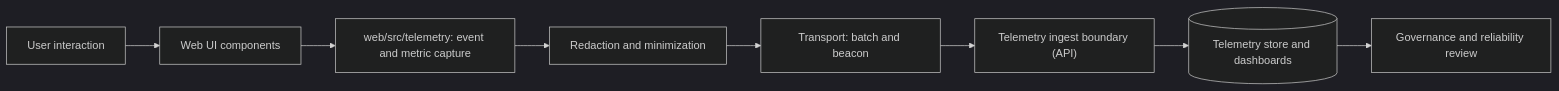
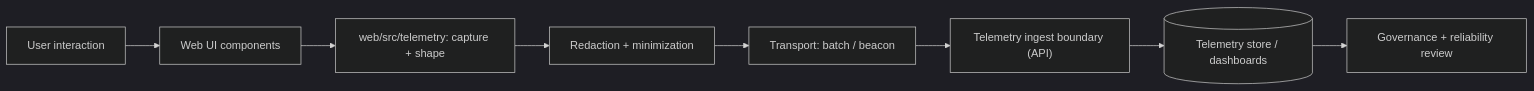
The diagram in web/src/telemetry/README.md (bartytime4life/Kansas-Frontier-Matrix), drawn with Mermaid (dark theme) before and after one commit. The commit also changed other lines of this file, not shown here.

```diff
--- a/web/src/telemetry/README.md
+++ b/web/src/telemetry/README.md
@@ -170,10 +183,10 @@
 ~~~mermaid
 flowchart LR
   U["User interaction"] --> UI["Web UI components"]
-  UI --> T["web/src/telemetry: event and metric capture"]
-  T --> R["Redaction and minimization"]
-  R --> X["Transport: batch and beacon"]
+  UI --> T["web/src/telemetry: capture + shape"]
+  T --> R["Redaction + minimization"]
+  R --> X["Transport: batch / beacon"]
   X --> API["Telemetry ingest boundary (API)"]
-  API --> S[(Telemetry store and dashboards)]
-  S --> G["Governance and reliability review"]
+  API --> S[(Telemetry store / dashboards)]
+  S --> G["Governance + reliability review"]
 ~~~
```
